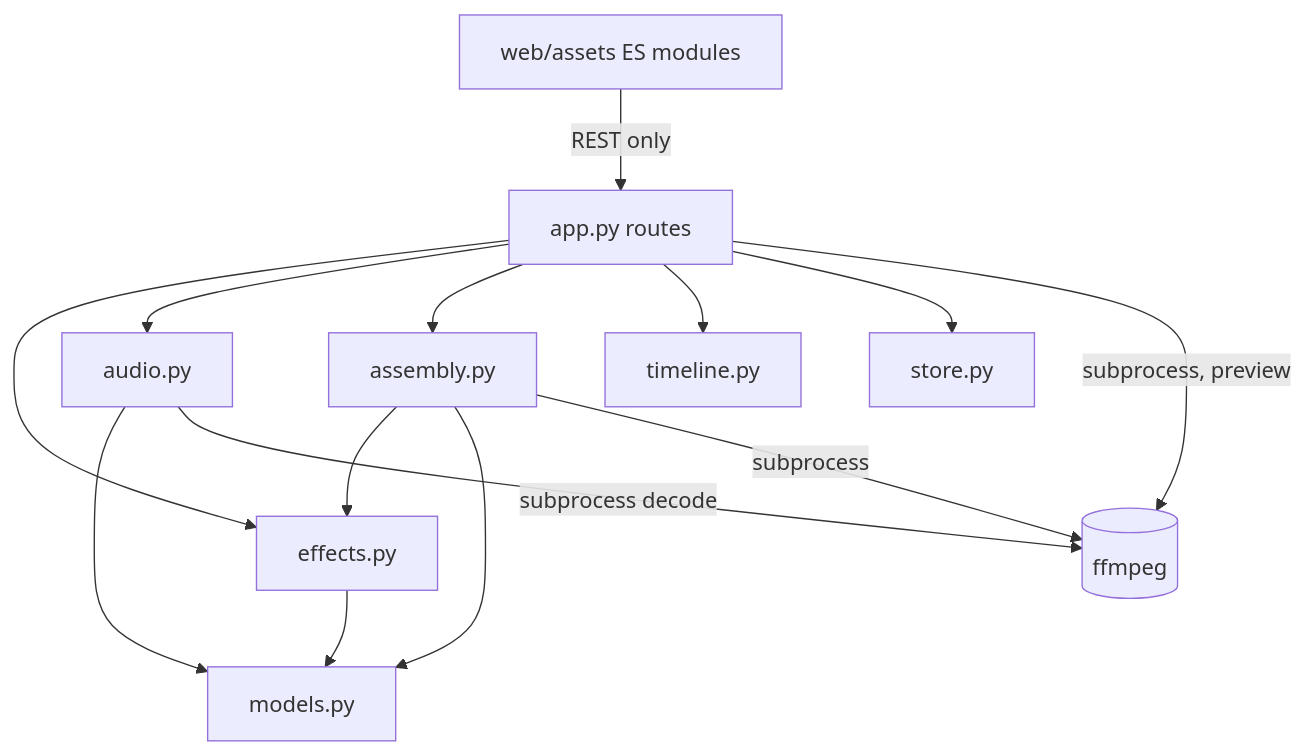
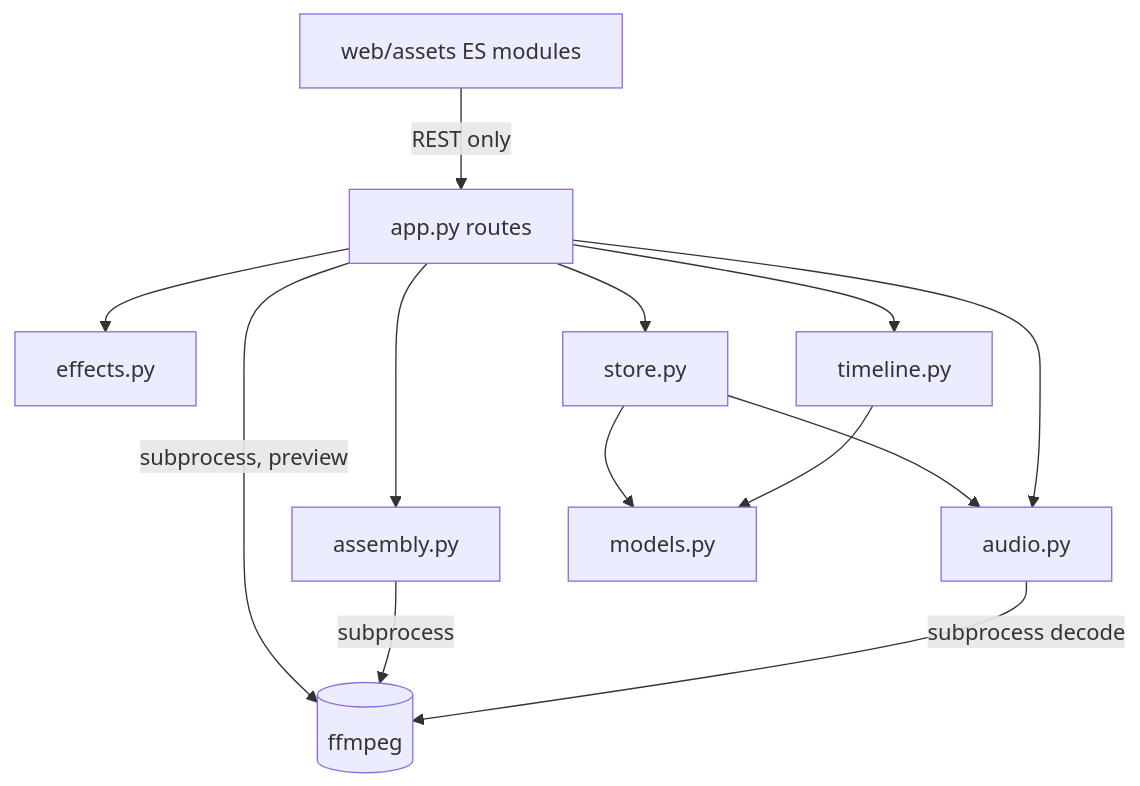
Before and after one commit to WreckedMech117/MMLDX-Music_Video_Producer: the diagram in _bmad-output/planning-artifacts/architecture/architecture-MusicVideoProducer-effects-2026-08-21/ARCHITECTURE-SPINE.md, drawn with Mermaid. The commit also changed other lines of this file, not shown here.

````diff
--- a/_bmad-output/planning-artifacts/architecture/architecture-MusicVideoProducer-effects-2026-08-21/ARCHITECTURE-SPINE.md
+++ b/_bmad-output/planning-artifacts/architecture/architecture-MusicVideoProducer-effects-2026-08-21/ARCHITECTURE-SPINE.md
@@ -33,16 +33,15 @@
 ```mermaid
 graph TD
   FE[web/assets ES modules] -->|REST only| APP[app.py routes]
   APP --> FX[effects.py]
   APP --> AUD[audio.py]
   APP --> ASM[assembly.py]
-  ASM --> FX
   APP --> TL[timeline.py]
   APP --> STORE[store.py]
-  FX --> MODELS[models.py]
-  AUD --> MODELS
-  ASM --> MODELS
+  TL --> MODELS[models.py]
+  STORE --> MODELS
+  STORE --> AUD
   AUD -->|subprocess decode| FFM[(ffmpeg)]
   ASM -->|subprocess| FFM
   APP -->|subprocess, preview| FFM
 ```
````
